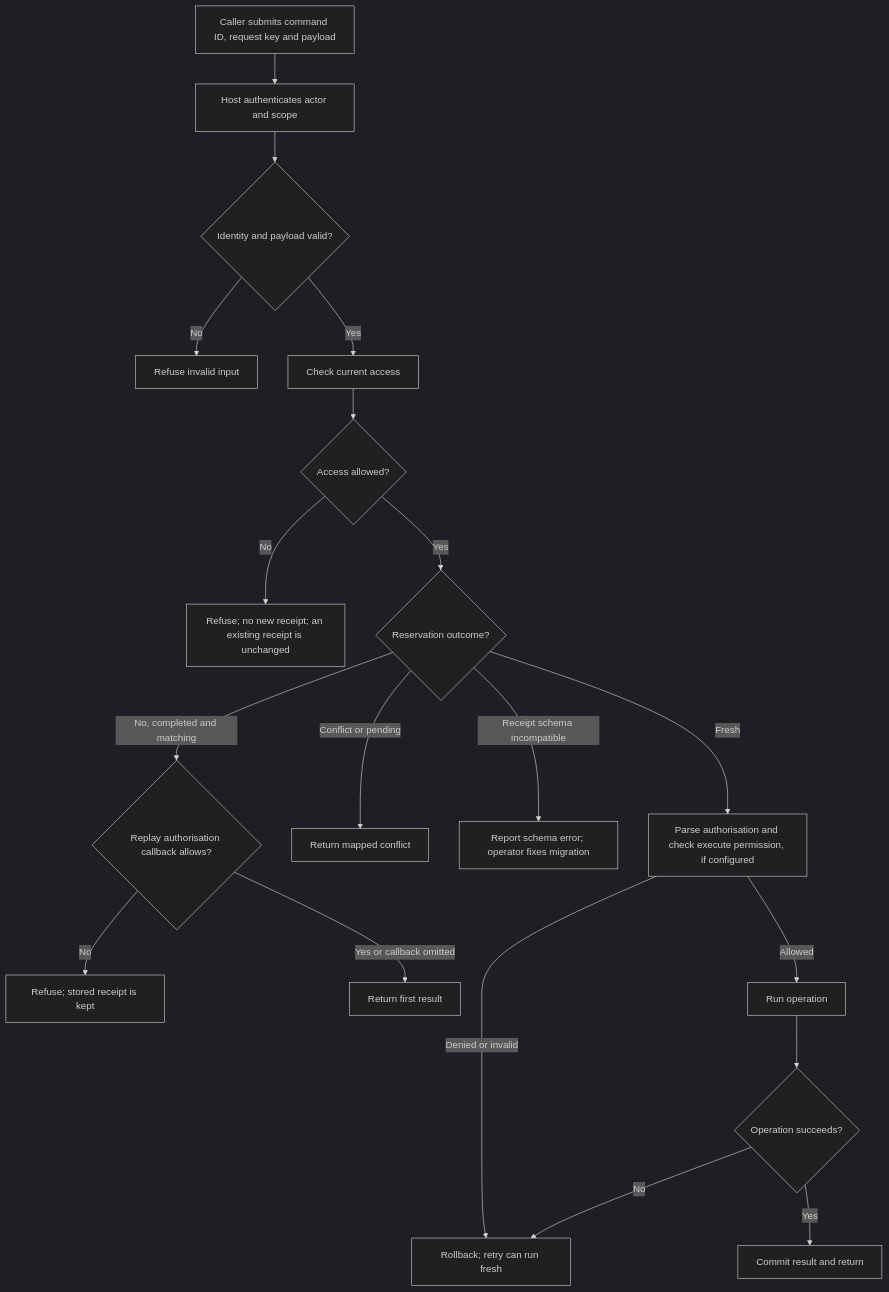
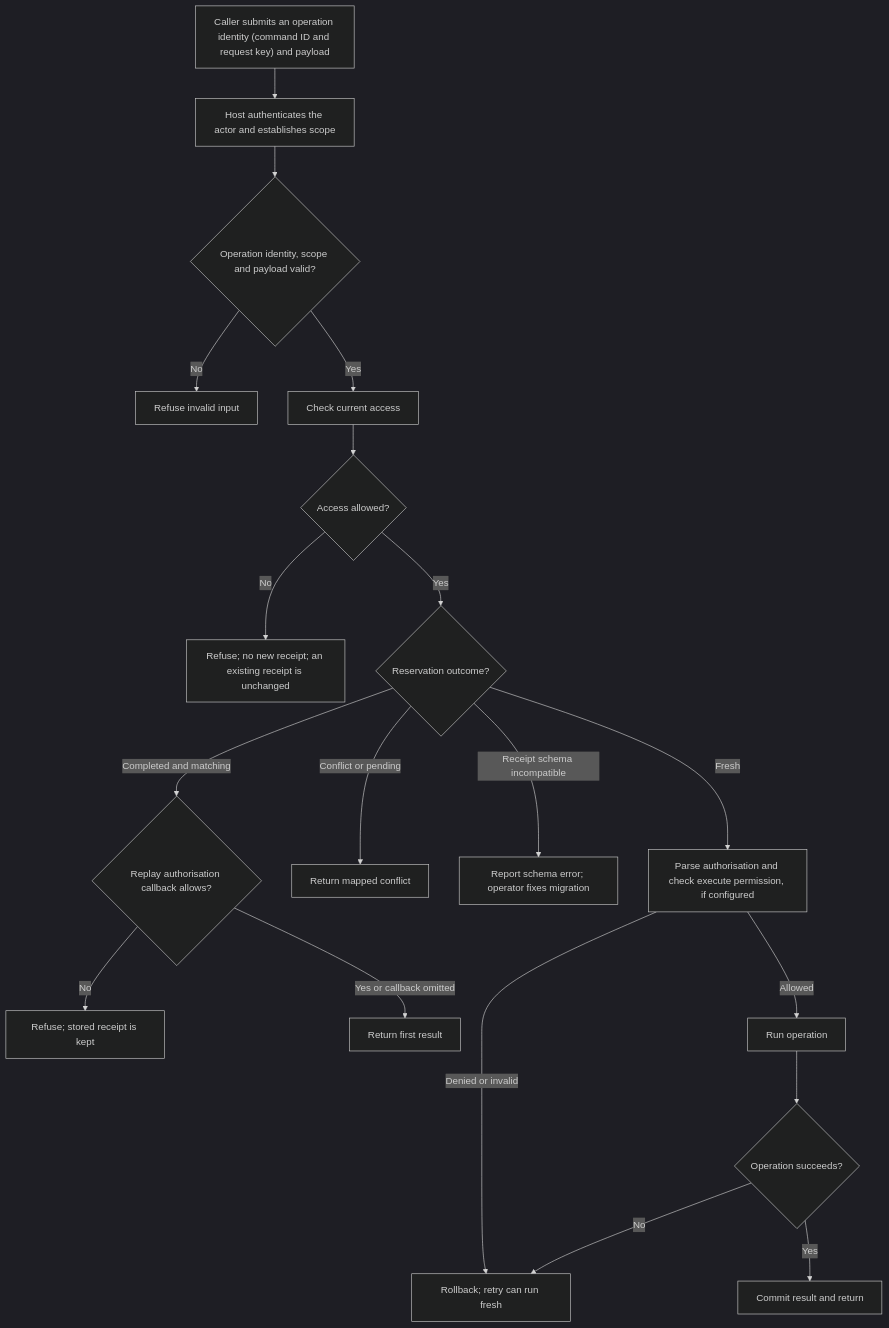
One commit to Kevinjohn/oss-adonisjs-duplicate-request-guard changed the first of 2 diagrams in user-stories/US-GUARD-01-execute-command.md. Above: the diagram before and after it, drawn with Mermaid (dark theme). The commit also changed other lines of this file, not shown here.

Commit message:
Use operation terminology in the duplicate-request story

````diff
--- a/user-stories/US-GUARD-01-execute-command.md
+++ b/user-stories/US-GUARD-01-execute-command.md
@@ -31,21 +33,21 @@
 ```mermaid
 flowchart TD
-    A["Caller submits command ID, request key and payload"] --> B["Host authenticates actor and scope"]
-    B --> V{"Identity and payload valid?"}
+    A["Caller submits an operation identity (command ID and request key) and payload"] --> B["Host authenticates the actor and establishes scope"]
+    B --> V{"Operation identity, scope and payload valid?"}
     V -->|No| X["Refuse invalid input"]
     V -->|Yes| C["Check current access"]
     C --> C2{"Access allowed?"}
     C2 -->|No| C3["Refuse; no new receipt; an existing receipt is unchanged"]
     C2 -->|Yes| D{"Reservation outcome?"}
-    D -->|No, completed and matching| R{"Replay authorisation callback allows?"}
+    D -->|Completed and matching| R{"Replay authorisation callback allows?"}
     R -->|No| R2["Refuse; stored receipt is kept"]
     R -->|Yes or callback omitted| E["Return first result"]
     D -->|Conflict or pending| F["Return mapped conflict"]
     D -->|Receipt schema incompatible| F2["Report schema error; operator fixes migration"]
     D -->|Fresh| P["Parse authorisation and check execute permission, if configured"]
     P -->|Denied or invalid| I
     P -->|Allowed| G["Run operation"]
     G --> H{"Operation succeeds?"}
     H -->|No| I["Rollback; retry can run fresh"]
     H -->|Yes| J["Commit result and return"]
 ```
````
